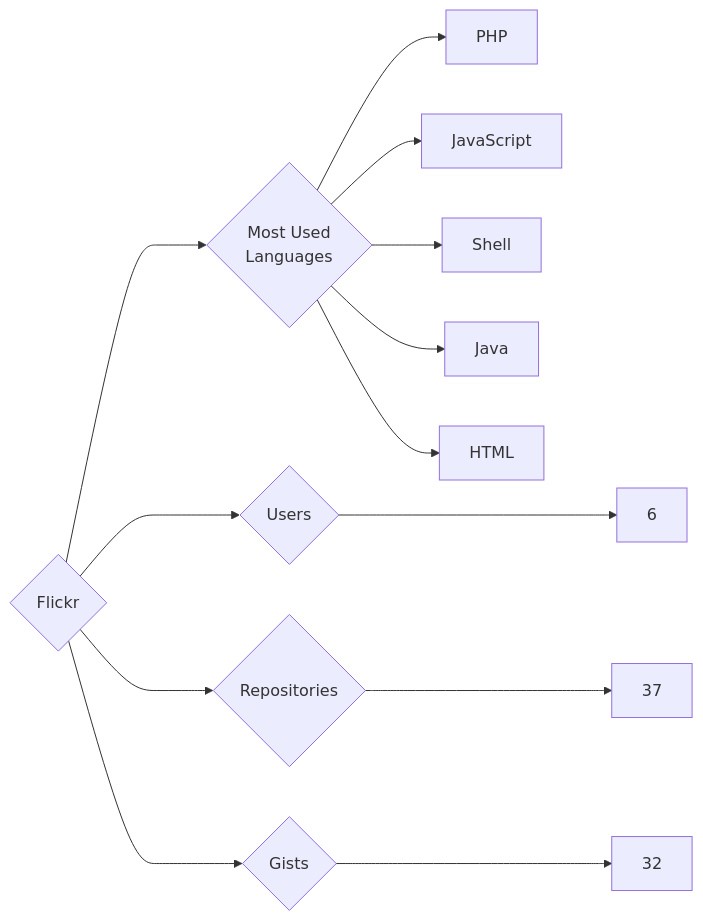
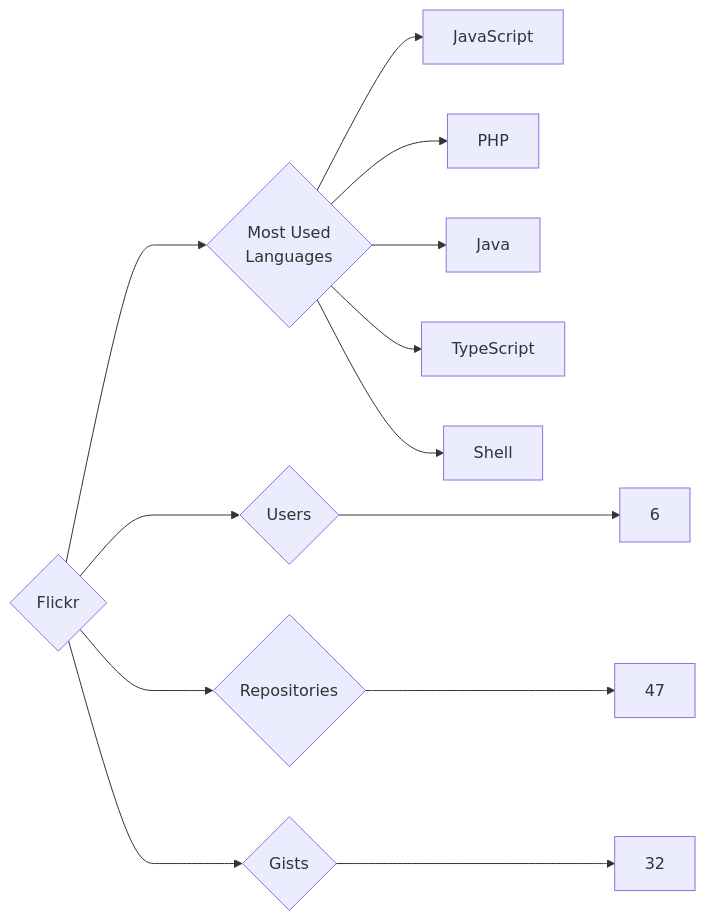
The diagram in targets/Flickr/README.md (trickest/insiders), drawn with Mermaid before and after one commit. The commit also changed 840 other files, not shown here.

````diff
--- a/targets/Flickr/README.md
+++ b/targets/Flickr/README.md
@@ -3,13 +3,13 @@
 ```mermaid
 graph LR
 COMPANY_NAME{Flickr}
 COMPANY_NAME ---> U{Users} ---> UN[6]
-COMPANY_NAME ---> R{Repositories} ---> RN[37]
+COMPANY_NAME ---> R{Repositories} ---> RN[47]
 COMPANY_NAME ---> G{Gists} ---> GN[32]
 COMPANY_NAME ---> ML{Most Used<br>Languages}
+ML --> JavaScript[JavaScript]
 ML --> PHP[PHP]
-ML --> JavaScript[JavaScript]
+ML --> Java[Java]
+ML --> TypeScript[TypeScript]
 ML --> Shell[Shell]
-ML --> Java[Java]
-ML --> HTML[HTML]
 ```
````
